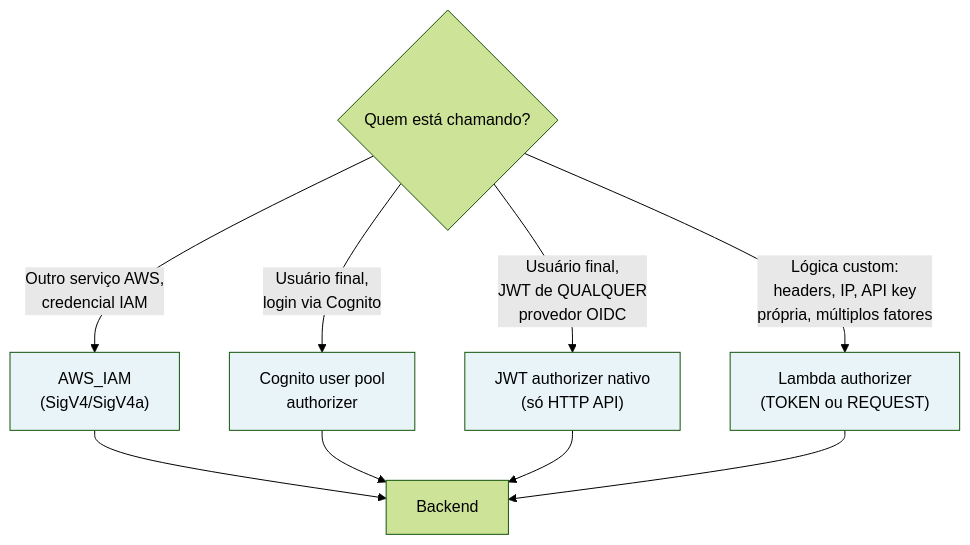
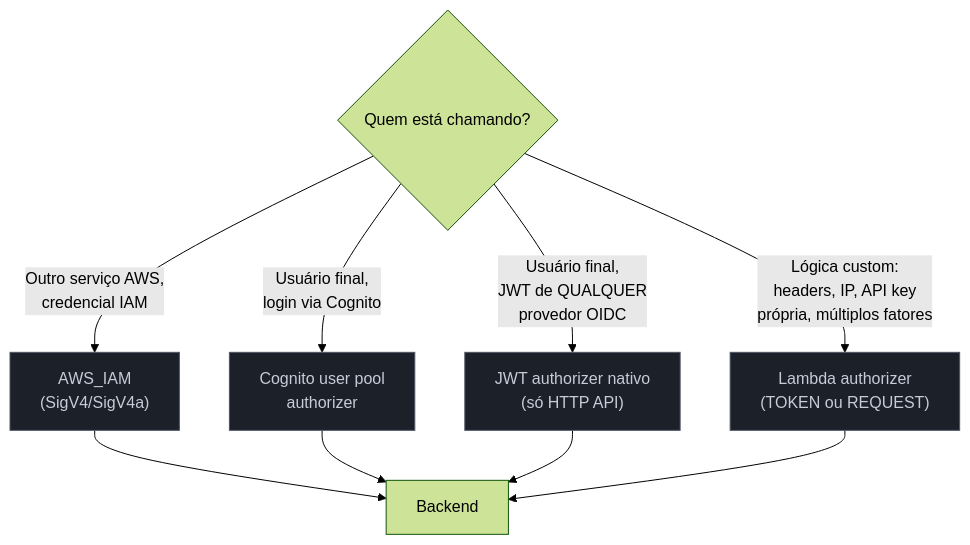
One commit to josenaldo/codex-technomanticus changed the first of 3 diagrams in 03-Dominios/Tecnologia/Cloud/14 - API Gateway e edge de aplicação/04 - Autorização na borda de API.md. Above: the diagram before and after it, drawn with Mermaid (forest theme). The commit also changed 1181 other files, not shown here.

First line of the commit message:
fix(diagramas): paleta do sistema no lugar de cor cravada no markdown

````diff
--- a/03-Dominios/Tecnologia/Cloud/14 - API Gateway e edge de aplicação/04 - Autorização na borda de API.md
+++ b/03-Dominios/Tecnologia/Cloud/14 - API Gateway e edge de aplicação/04 - Autorização na borda de API.md
@@ -35,18 +35,19 @@
 ```mermaid
 flowchart TD
+    classDef neutro fill:#1B2029,stroke:#4E5666,color:#C6CCD8
     Q{Quem está chamando?}
     Q -->|Outro serviço AWS,<br/>credencial IAM| IAM["AWS_IAM<br/>(SigV4/SigV4a)"]
     Q -->|Usuário final,<br/>login via Cognito| COG["Cognito user pool<br/>authorizer"]
     Q -->|Usuário final,<br/>JWT de QUALQUER<br/>provedor OIDC| JWT["JWT authorizer nativo<br/>(só HTTP API)"]
     Q -->|Lógica custom:<br/>headers, IP, API key<br/>própria, múltiplos fatores| LAMBDA["Lambda authorizer<br/>(TOKEN ou REQUEST)"]
 
     IAM --> BACK[Backend]
     COG --> BACK
     JWT --> BACK
     LAMBDA --> BACK
 
-    style IAM fill:#e8f4f8
-    style COG fill:#e8f4f8
-    style JWT fill:#e8f4f8
-    style LAMBDA fill:#e8f4f8
+    class IAM neutro
+    class COG neutro
+    class JWT neutro
+    class LAMBDA neutro
 ```
````
